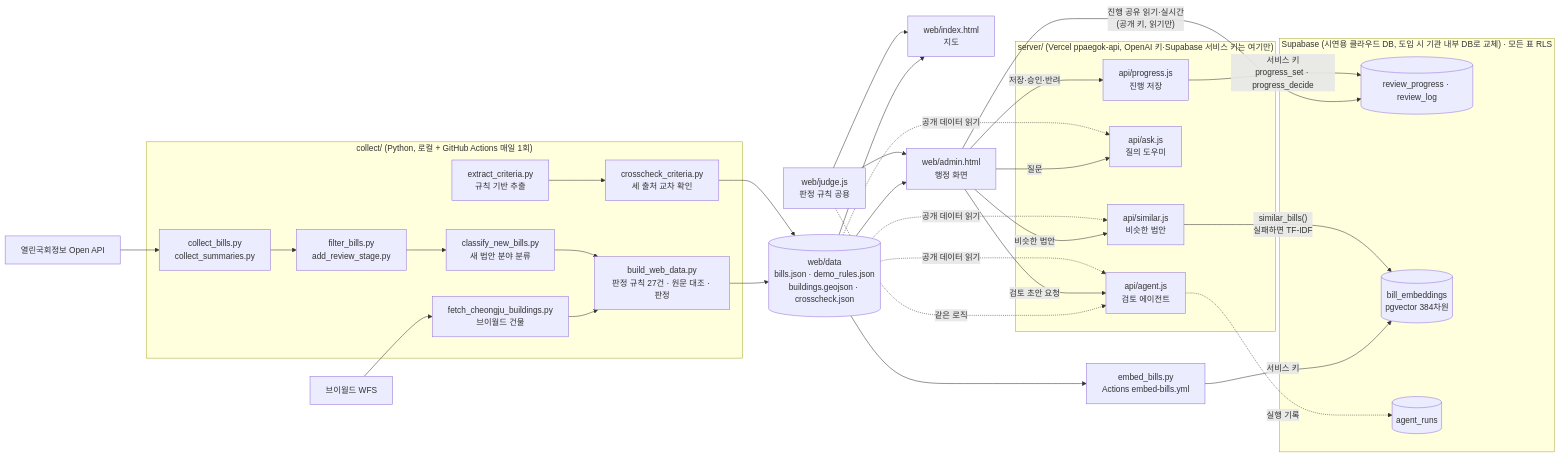
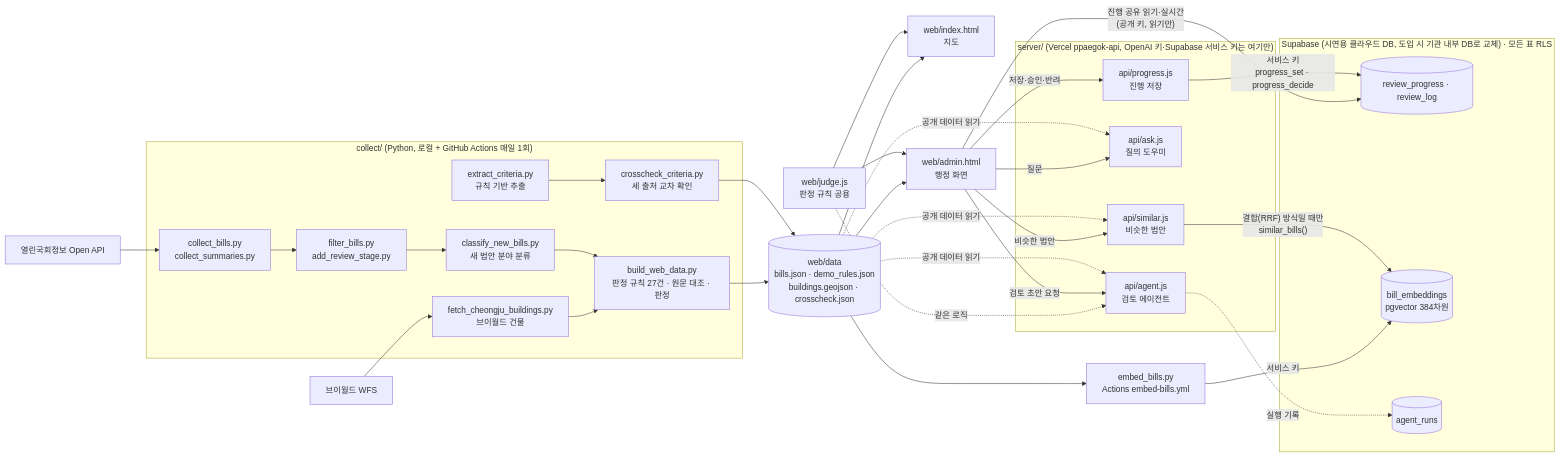
Before and after one commit to cbnu-lawmap/law-impact-map: the diagram in README.md, drawn with Mermaid. The commit also changed other lines of this file, not shown here.

Commit message:
docs: README 비슷한 법안 설명을 측정 결과(TF-IDF 1순위)에 맞춤

````diff
--- a/README.md
+++ b/README.md
@@ -85,40 +85,40 @@
 ```mermaid
 flowchart LR
   subgraph collect["collect/ (Python, 로컬 + GitHub Actions 매일 1회)"]
     A1[collect_bills.py<br/>collect_summaries.py] --> A2[filter_bills.py<br/>add_review_stage.py]
     A2 --> A3[classify_new_bills.py<br/>새 법안 분야 분류]
     A4[fetch_cheongju_buildings.py<br/>브이월드 건물] --> B
     A3 --> B[build_web_data.py<br/>판정 규칙 27건 · 원문 대조 · 판정]
     C1[extract_criteria.py<br/>규칙 기반 추출] --> C2[crosscheck_criteria.py<br/>세 출처 교차 확인]
   end
   API[열린국회정보 Open API] --> A1
   VW[브이월드 WFS] --> A4
   B --> D[(web/data<br/>bills.json · demo_rules.json<br/>buildings.geojson · crosscheck.json)]
   C2 --> D
   D --> W1[web/index.html<br/>지도]
   D --> W2[web/admin.html<br/>행정 화면]
   J[web/judge.js<br/>판정 규칙 공용] --> W1 & W2
   J -. 같은 로직 .-> S2
   subgraph server["server/ (Vercel ppaegok-api, OpenAI 키·Supabase 서비스 키는 여기만)"]
     S1[api/ask.js<br/>질의 도우미]
     S2[api/agent.js<br/>검토 에이전트]
     S3[api/similar.js<br/>비슷한 법안]
     S4[api/progress.js<br/>진행 저장]
   end
   W2 -- 질문 --> S1
   W2 -- 검토 초안 요청 --> S2
   W2 -- 비슷한 법안 --> S3
   D -. 공개 데이터 읽기 .-> S1 & S2 & S3
   subgraph supa["Supabase (시연용 클라우드 DB, 도입 시 기관 내부 DB로 교체) · 모든 표 RLS"]
     P1[(review_progress · review_log)]
     P2[(bill_embeddings<br/>pgvector 384차원)]
     P3[(agent_runs)]
   end
   W2 -- "진행 공유 읽기·실시간<br/>(공개 키, 읽기만)" --> P1
   W2 -- 저장·승인·반려 --> S4
   S4 -- "서비스 키<br/>progress_set · progress_decide" --> P1
   E1[embed_bills.py<br/>Actions embed-bills.yml] -- 서비스 키 --> P2
   D --> E1
-  S3 -- "similar_bills()<br/>실패하면 TF-IDF" --> P2
+  S3 -- "결합(RRF) 방식일 때만<br/>similar_bills()" --> P2
   S2 -. 실행 기록 .-> P3
 ```
````
